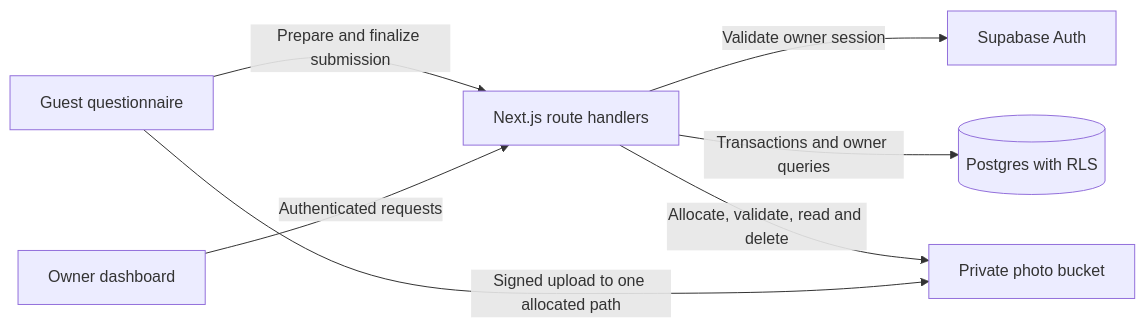
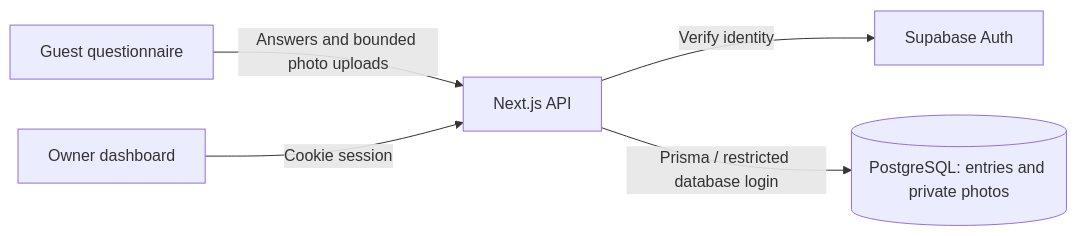
The diagram in README.md (rs0125/slambook), drawn with Mermaid before and after one commit. The commit also changed other lines of this file and 41 other files, not shown here.

Commit message:
Use Prisma for private Supabase persistence and deployment setup

````diff
--- a/README.md
+++ b/README.md
@@ -39,9 +24,7 @@
 ```mermaid
 flowchart LR
-    Guest[Guest questionnaire] -->|Prepare and finalize submission| API[Next.js route handlers]
-    Owner[Owner dashboard] -->|Authenticated requests| API
-    API -->|Validate owner session| Auth[Supabase Auth]
-    API -->|Transactions and owner queries| DB[(Postgres with RLS)]
-    API -->|Allocate, validate, read and delete| Storage[Private photo bucket]
-    Guest -->|Signed upload to one allocated path| Storage
+    Guest[Guest questionnaire] -->|Answers and bounded photo uploads| API[Next.js API]
+    Owner[Owner dashboard] -->|Cookie session| API
+    API -->|Verify identity| Auth[Supabase Auth]
+    API -->|Prisma / restricted database login| DB[(PostgreSQL: entries and private photos)]
 ```
````
